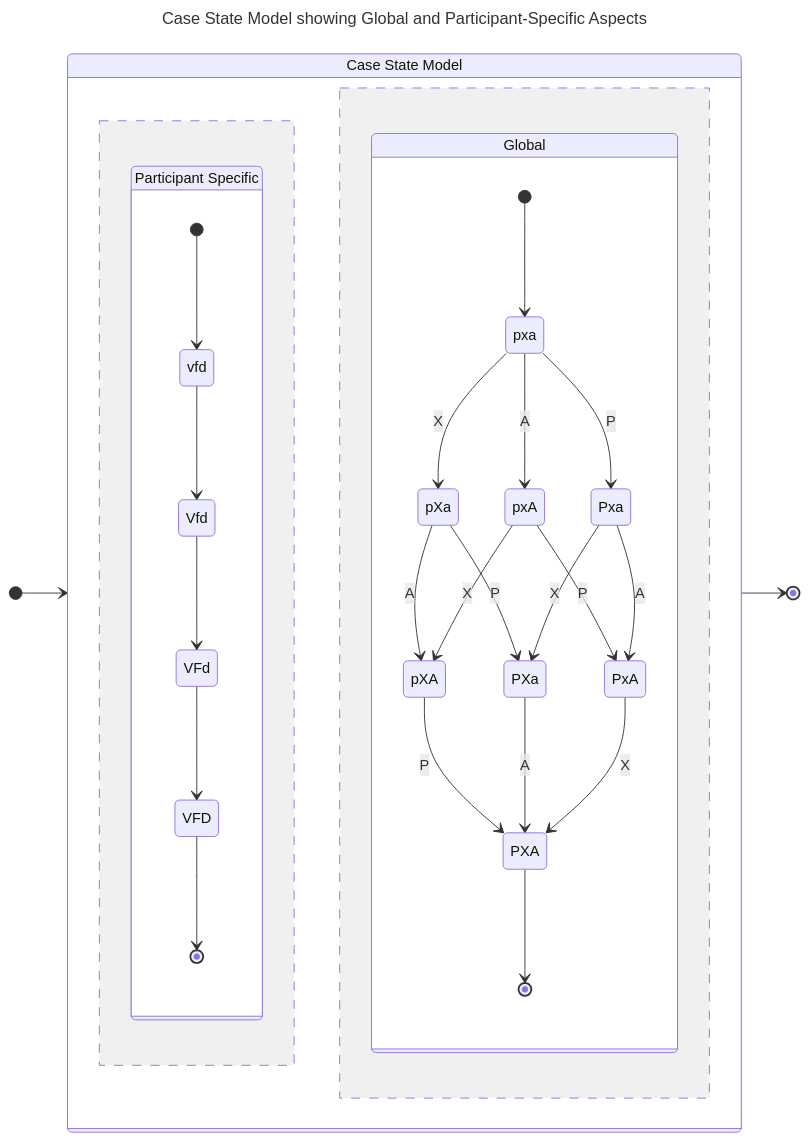
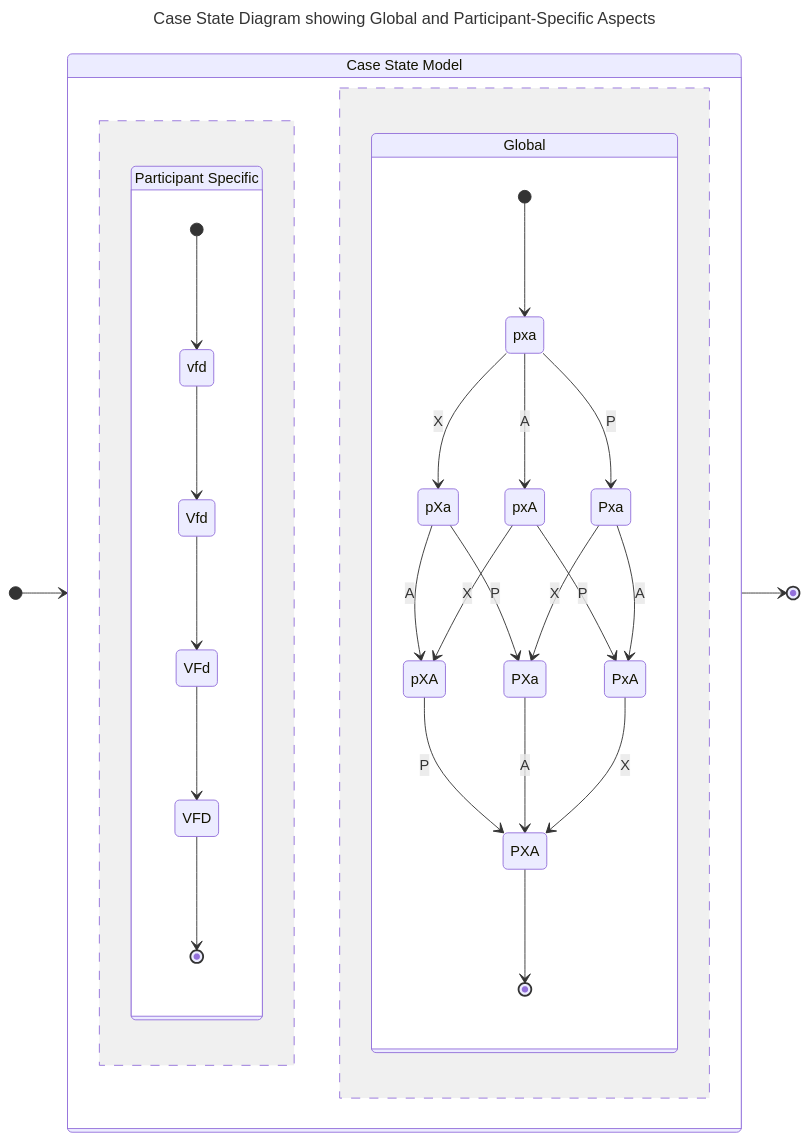
One commit to CERTCC/Vultron changed the diagram in docs/process_models/model_interactions/cs_global_local.md. Above: the diagram before and after it, drawn with Mermaid. The commit also changed 1 other file, not shown here.

Commit message:
update diagram headers

````diff
--- a/docs/process_models/model_interactions/cs_global_local.md
+++ b/docs/process_models/model_interactions/cs_global_local.md
@@ -1,43 +1,43 @@
 ```mermaid
 ---
-title: Case State Model showing Global and Participant-Specific Aspects
+title: Case State Diagram showing Global and Participant-Specific Aspects
 ---
 stateDiagram-v2
     direction LR
     CS: Case State Model
     state CS {
         ps: Participant Specific
         state ps {
             [*] --> vfd
             vfd --> Vfd
             Vfd --> VFd
             VFd --> VFD
             VFD --> [*]
         }
         --
         g: Global
         state g {
             [*] --> pxa
         
             pxa --> Pxa : P
             pxa --> pXa : X
             pxa --> pxA : A
             
             pXa --> PXa : P
             pXa --> pXA : A
             
             pxA --> PxA : P
             pxA --> pXA : X
         
             Pxa --> PxA : A
             Pxa --> PXa : X
             
             pXA --> PXA : P
             PXa --> PXA : A
             PxA --> PXA : X
             PXA --> [*]
         }
     }
     [*] --> CS
     CS --> [*]
 ```
````
